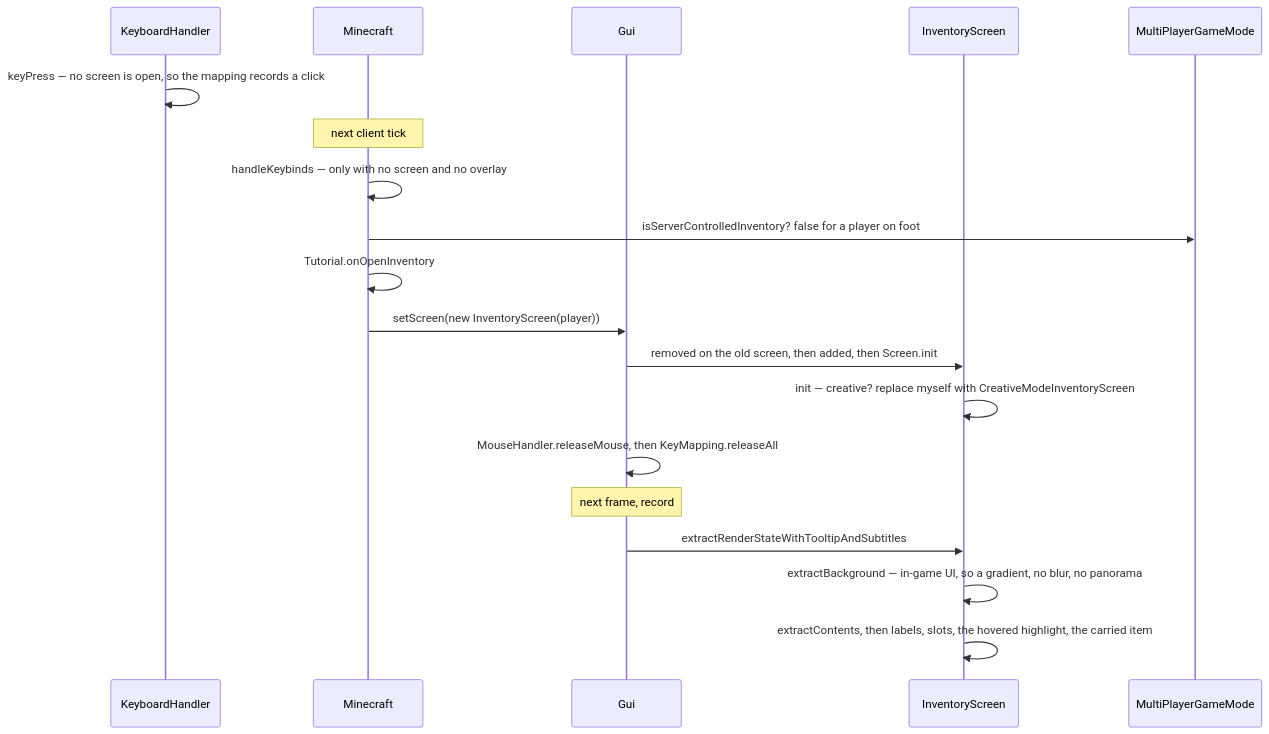
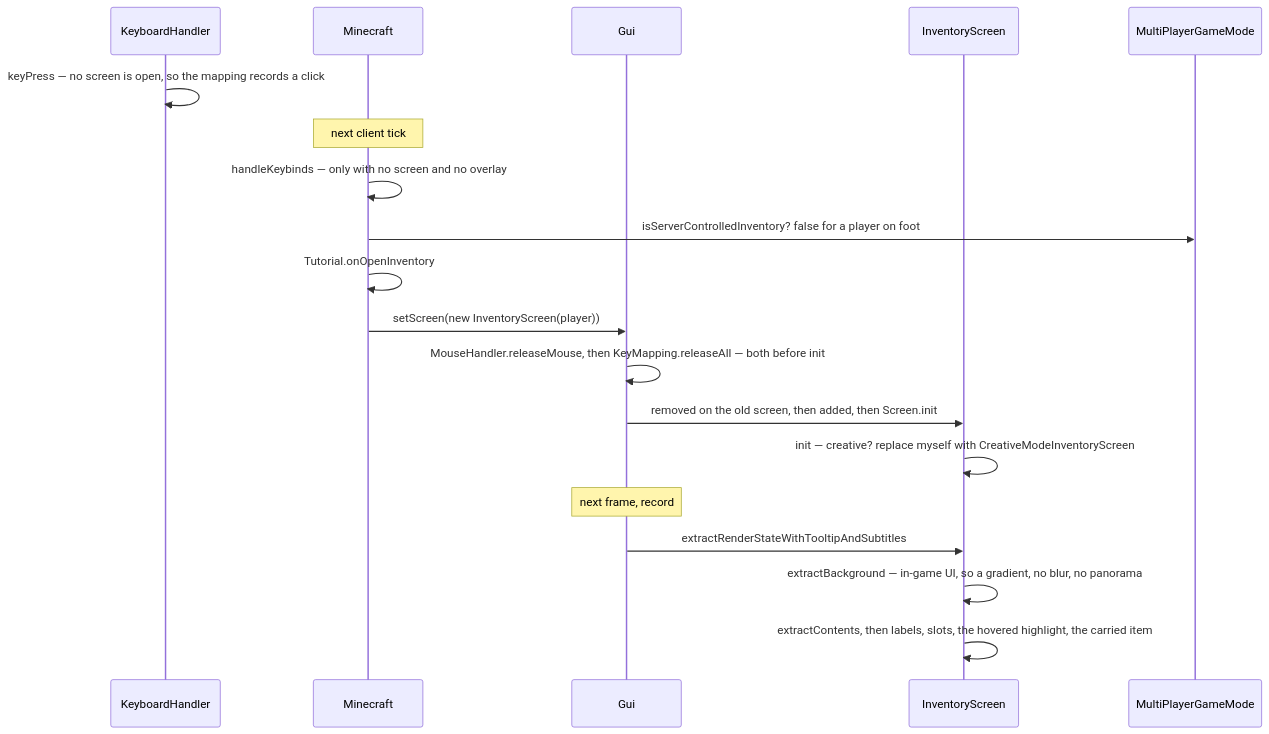
Before and after one commit to AlexanderjFraser/MinecraftDocs: the second of 2 diagrams in src/systems/client/gui-and-screens.md, drawn with Mermaid. The commit also changed other lines of this file and 13 other files, not shown here.

````diff
--- a/src/systems/client/gui-and-screens.md
+++ b/src/systems/client/gui-and-screens.md
@@ -145,22 +149,22 @@
 ```mermaid
 sequenceDiagram
     participant KH as KeyboardHandler
     participant MC as Minecraft
     participant Gui as Gui
     participant InvS as InventoryScreen
     participant MPGM as MultiPlayerGameMode
 
     KH->>KH: keyPress — no screen is open, so the mapping records a click
     Note over MC: next client tick
     MC->>MC: handleKeybinds — only with no screen and no overlay
     MC->>MPGM: isServerControlledInventory? false for a player on foot
     MC->>MC: Tutorial.onOpenInventory
     MC->>Gui: setScreen(new InventoryScreen(player))
+    Gui->>Gui: MouseHandler.releaseMouse, then KeyMapping.releaseAll — both before init
     Gui->>InvS: removed on the old screen, then added, then Screen.init
     InvS->>InvS: init — creative? replace myself with CreativeModeInventoryScreen
-    Gui->>Gui: MouseHandler.releaseMouse, then KeyMapping.releaseAll
     Note over Gui: next frame, record
     Gui->>InvS: extractRenderStateWithTooltipAndSubtitles
     InvS->>InvS: extractBackground — in-game UI, so a gradient, no blur, no panorama
     InvS->>InvS: extractContents, then labels, slots, the hovered highlight, the carried item
 ```
````
